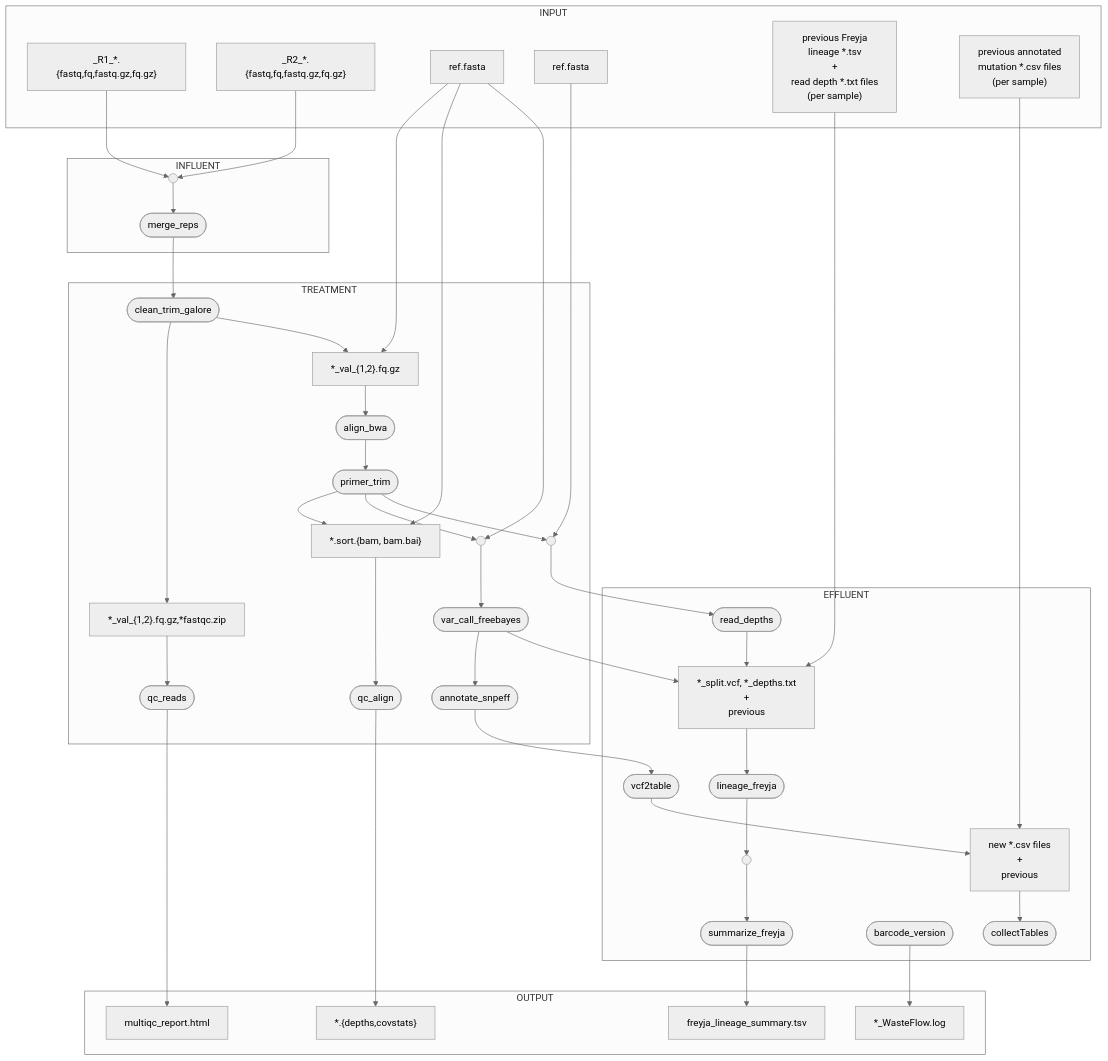
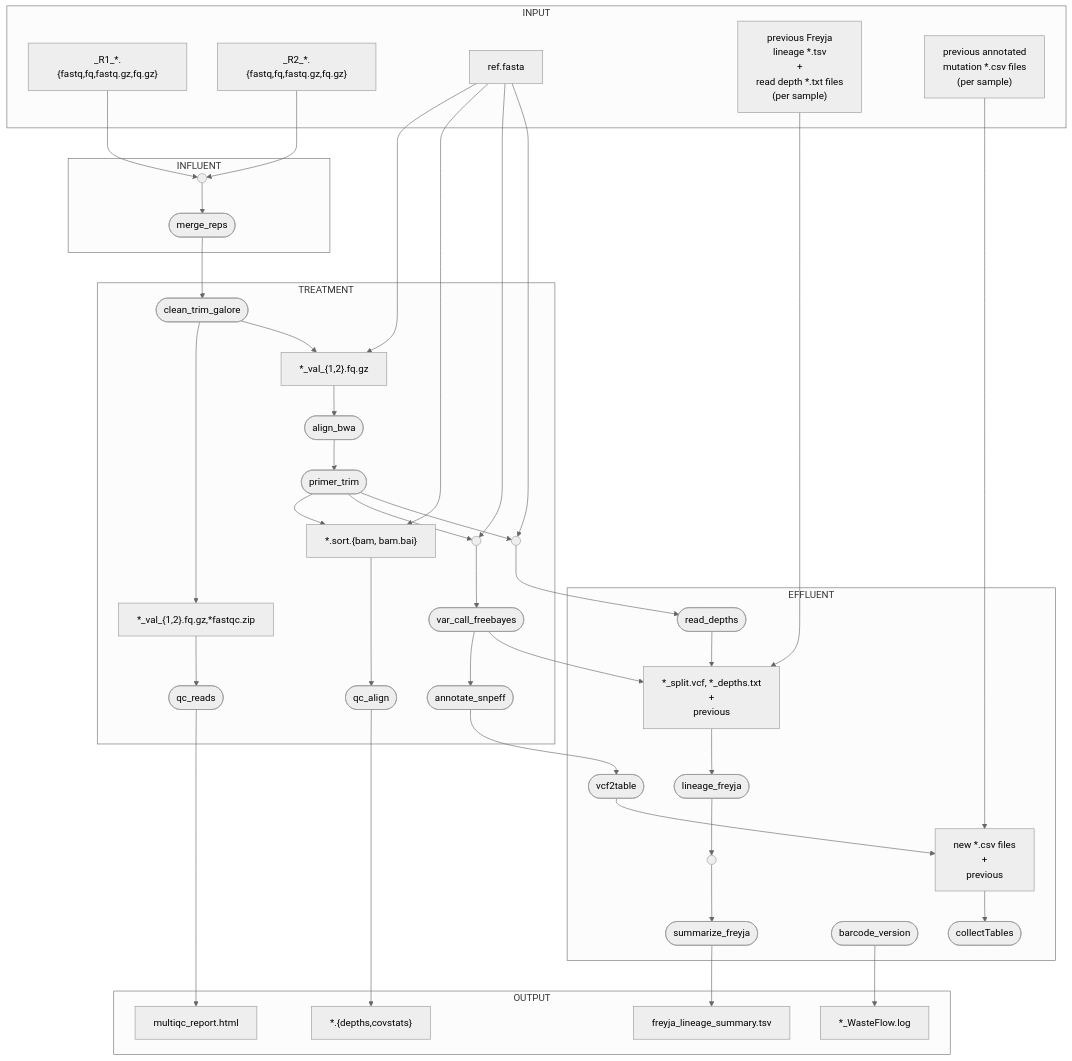
Before and after one commit to BCCDC-PHL/WasteFlow: the second of 3 diagrams in README.md, drawn with Mermaid (neutral theme). The commit also changed other lines of this file, not shown here.

First line of the commit message:
Edit mmd to reflect change to ref_ch

```diff
--- a/README.md
+++ b/README.md
@@ -179,7 +178,6 @@
     v0["_R1_*.{fastq,fq,fastq.gz,fq.gz}"]
     v4["_R2_*.{fastq,fq,fastq.gz,fq.gz}"]
     v10["ref.fasta"]
-    v25["ref.fasta"]
     v26["previous Freyja 
     lineage *.tsv 
     +
@@ -235,6 +233,7 @@
     v10 --> v15
     v10 --> v19
     v10 --> v22
+    v10 --> v31
     v11 --> v12
     v11 --> v15
     v12 --> v13
@@ -250,7 +249,6 @@
     v23 --> v24
     v23 --> v27
     v24 --> v44
-    v25 --> v31
     v26 --> v27
     v31 --> v32
     v32 --> v27
```
